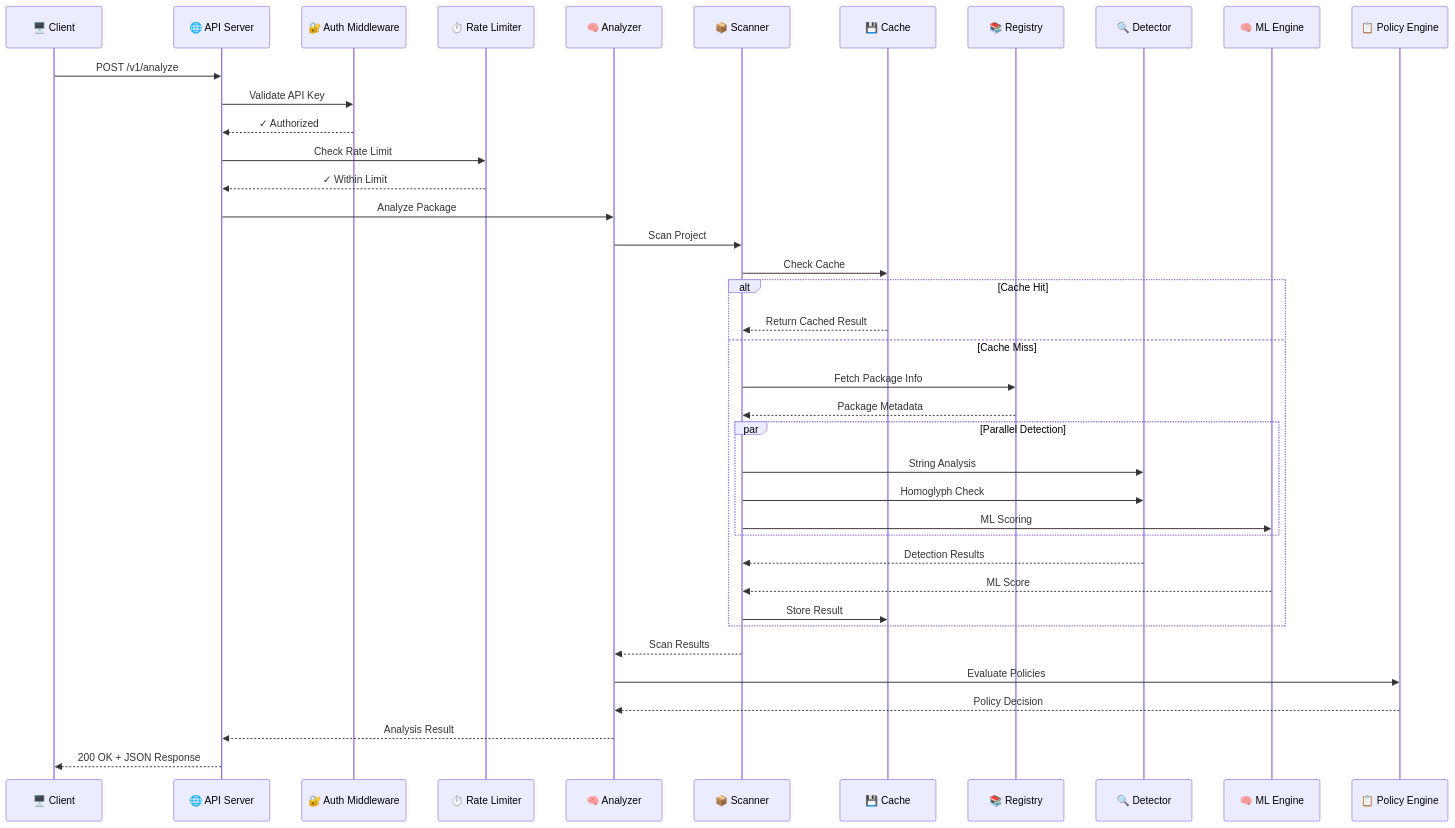
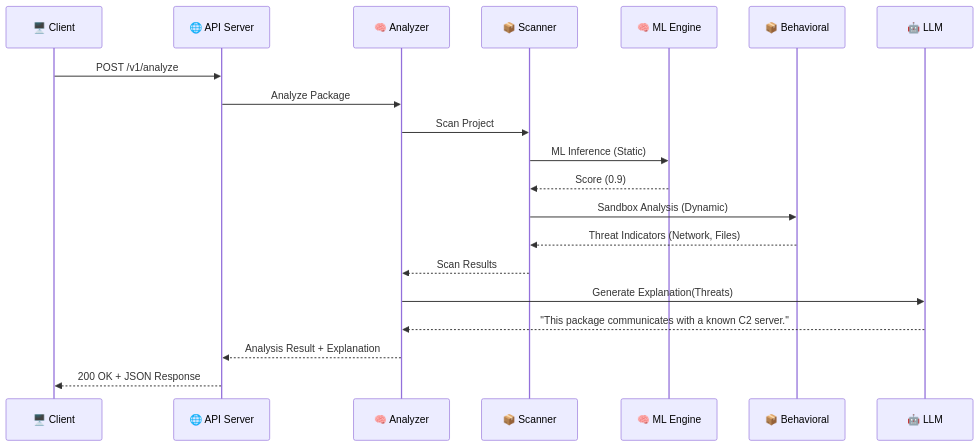
Before and after one commit to falcn-io/falcn: the third of 3 diagrams in docs/ARCHITECTURE.md, drawn with Mermaid. The commit also changed other lines of this file and 27 other files, not shown here.

````diff
--- a/docs/ARCHITECTURE.md
+++ b/docs/ARCHITECTURE.md
@@ -366,49 +151,29 @@
 ```mermaid
 sequenceDiagram
     participant Client as 🖥️ Client
     participant API as 🌐 API Server
-    participant Auth as 🔐 Auth Middleware
-    participant RateLimit as ⏱️ Rate Limiter
     participant Analyzer as 🧠 Analyzer
     participant Scanner as 📦 Scanner
-    participant Cache as 💾 Cache
-    participant Registry as 📚 Registry
-    participant Detector as 🔍 Detector
     participant ML as 🧠 ML Engine
-    participant Policy as 📋 Policy Engine
+    participant Behavioral as 📦 Behavioral
+    participant LLM as 🤖 LLM
 
     Client->>API: POST /v1/analyze
-    API->>Auth: Validate API Key
-    Auth-->>API: ✓ Authorized
-    API->>RateLimit: Check Rate Limit
-    RateLimit-->>API: ✓ Within Limit
     
     API->>Analyzer: Analyze Package
     Analyzer->>Scanner: Scan Project
-    Scanner->>Cache: Check Cache
     
-    alt Cache Hit
-        Cache-->>Scanner: Return Cached Result
-    else Cache Miss
-        Scanner->>Registry: Fetch Package Info
-        Registry-->>Scanner: Package Metadata
+    Scanner->>ML: ML Inference (Static)
+    ML-->>Scanner: Score (0.9)
+    
+    Scanner->>Behavioral: Sandbox Analysis (Dynamic)
+    Behavioral-->>Scanner: Threat Indicators (Network, Files)
         
-        par Parallel Detection
-            Scanner->>Detector: String Analysis
-            Scanner->>Detector: Homoglyph Check
-            Scanner->>ML: ML Scoring
-        end
-        
-        Detector-->>Scanner: Detection Results
-        ML-->>Scanner: ML Score
-        
-        Scanner->>Cache: Store Result
-    end
+    Scanner-->>Analyzer: Scan Results
     
-    Scanner-->>Analyzer: Scan Results
-    Analyzer->>Policy: Evaluate Policies
-    Policy-->>Analyzer: Policy Decision
+    Analyzer->>LLM: Generate Explanation(Threats)
+    LLM-->>Analyzer: "This package communicates with a known C2 server."
     
-    Analyzer-->>API: Analysis Result
+    Analyzer-->>API: Analysis Result + Explanation
     API-->>Client: 200 OK + JSON Response
 ```
````
